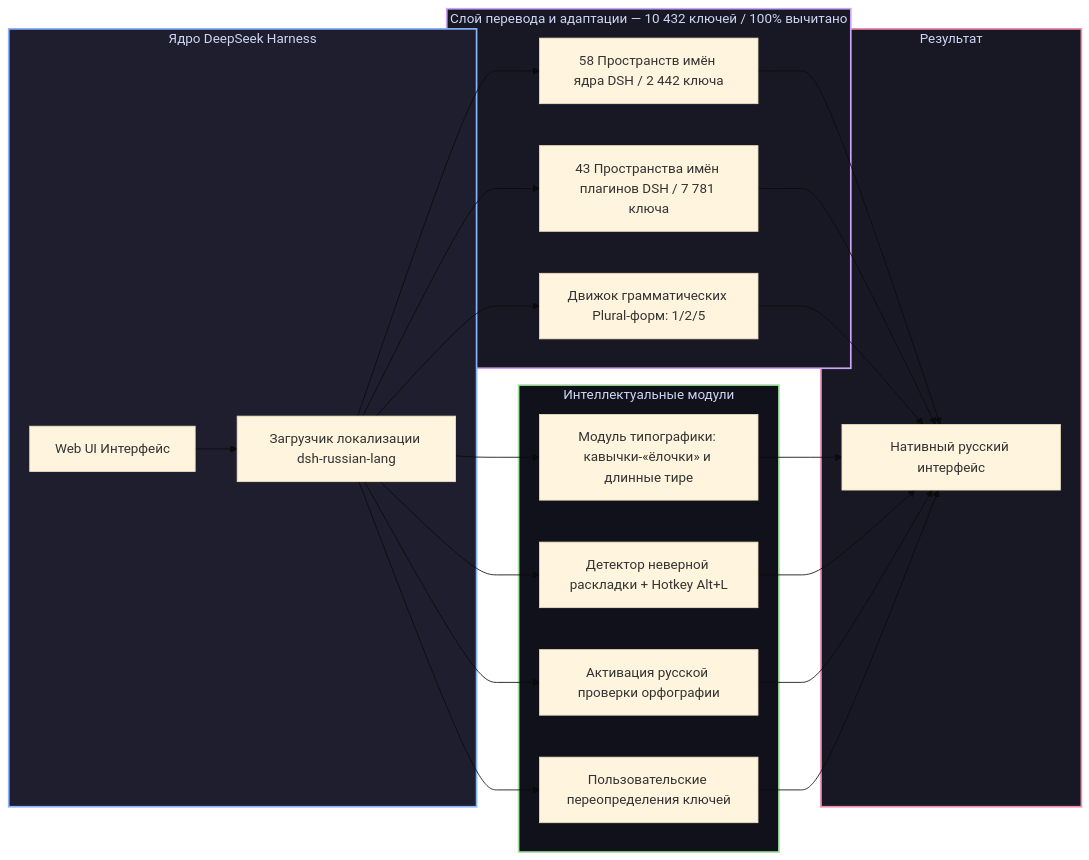
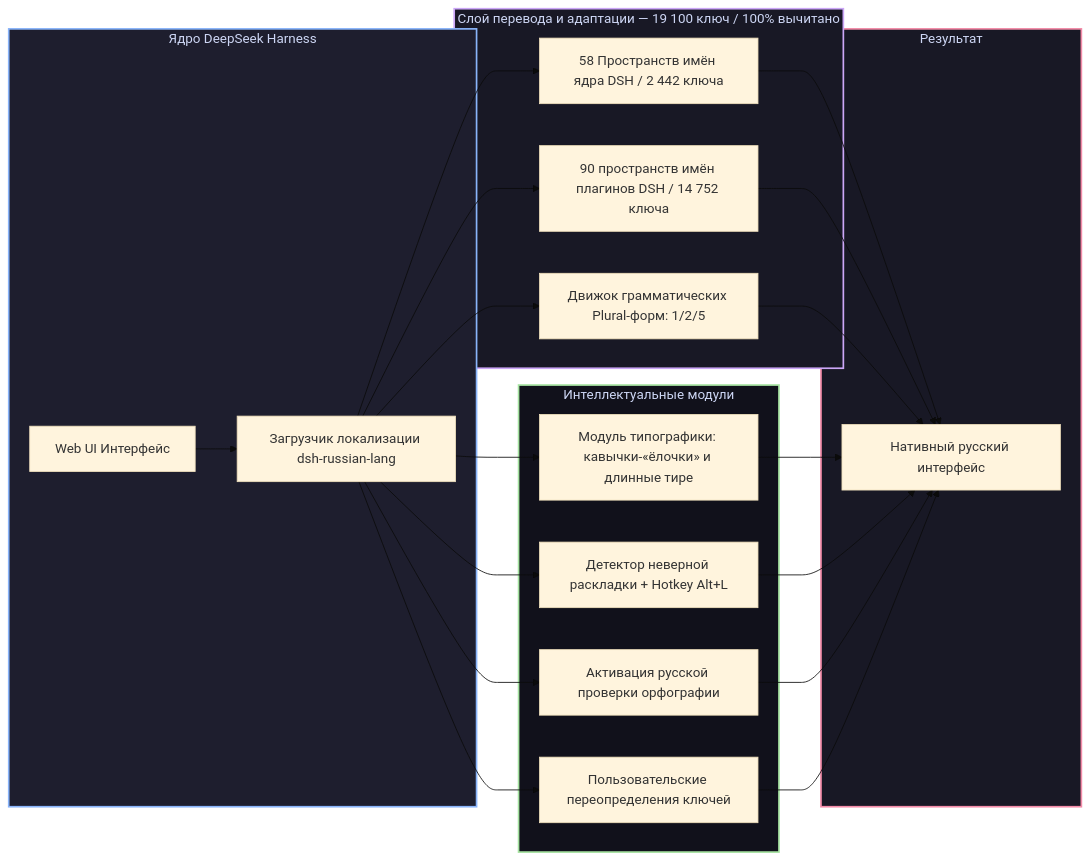
The diagram in README.md (GooDAnDReaDY/dsh-russian-lang), drawn with Mermaid (base theme) before and after one commit. The commit also changed other lines of this file and 23 other files, not shown here.

````diff
--- a/README.md
+++ b/README.md
@@ -55,34 +55,34 @@
 ```mermaid
 graph LR
     subgraph DSHCore [Ядро DeepSeek Harness]
         DSH[Web UI Интерфейс] --> Loader[Загрузчик локализации dsh-russian-lang]
     end
 
-    subgraph TranslationLayer [Слой перевода и адаптации — 10 432 ключей / 100% вычитано]
+    subgraph TranslationLayer [Слой перевода и адаптации — 19 100 ключ / 100% вычитано]
         Loader --> CoreDict[58 Пространств имён ядра DSH / 2 442 ключа]
-        Loader --> PluginDict[43 Пространства имён плагинов DSH / 7 781 ключа]
+        Loader --> PluginDict[90 пространств имён плагинов DSH / 14 752 ключа]
         Loader --> PluralEngine[Движок грамматических Plural-форм: 1/2/5]
     end
 
     subgraph SmartFeatures [Интеллектуальные модули]
         Loader --> Typo[Модуль типографики: кавычки-«ёлочки» и длинные тире]
         Loader --> LayoutFix[Детектор неверной раскладки + Hotkey Alt+L]
         Loader --> Spell[Активация русской проверки орфографии]
         Loader --> Overrides[Пользовательские переопределения ключей]
     end
 
     subgraph Result [Результат]
         CoreDict --> NativeUI[Нативный русский интерфейс]
         PluginDict --> NativeUI
         PluralEngine --> NativeUI
         Typo --> NativeUI
         LayoutFix --> NativeUI
         Spell --> NativeUI
         Overrides --> NativeUI
     end
 
     style DSHCore fill:#1e1e2e,stroke:#89b4fa,stroke-width:2px,color:#cdd6f4
     style TranslationLayer fill:#181825,stroke:#cba6f7,stroke-width:2px,color:#cdd6f4
     style SmartFeatures fill:#11111b,stroke:#a6e3a1,stroke-width:2px,color:#cdd6f4
     style Result fill:#181825,stroke:#f38ba8,stroke-width:2px,color:#cdd6f4
 ```
````
